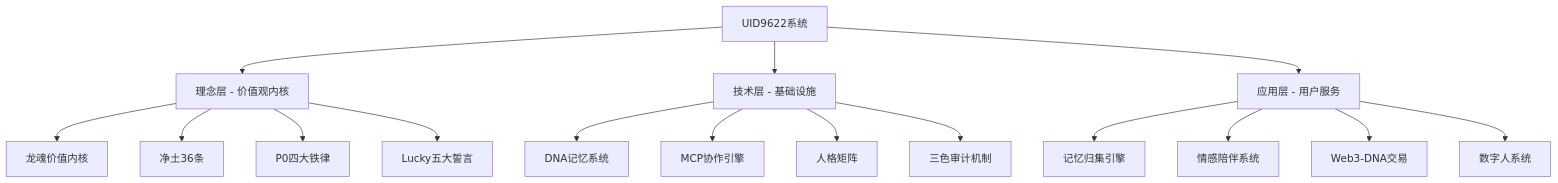
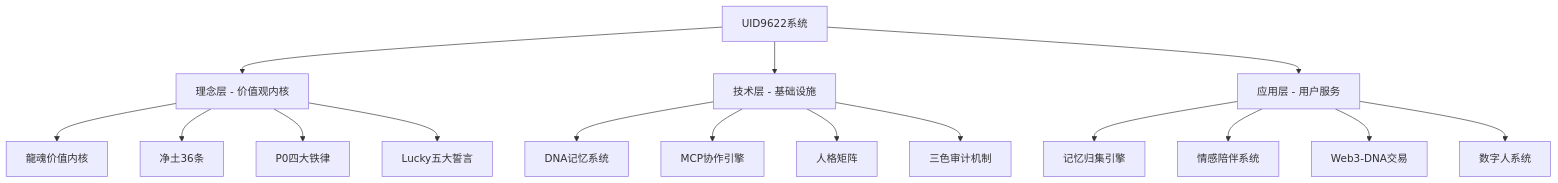
Before and after one commit to UID9622/longhun-system: the first of 2 diagrams in 12_DOCS/notion_mirror/UID9622系统全景图_技术栈与模块架构总览_eae639176942401d8d46282ecddc71a1.md, drawn with Mermaid. The commit also changed 6601 other files, not shown here.

````diff
--- a/12_DOCS/notion_mirror/UID9622系统全景图_技术栈与模块架构总览_eae639176942401d8d46282ecddc71a1.md
+++ b/12_DOCS/notion_mirror/UID9622系统全景图_技术栈与模块架构总览_eae639176942401d8d46282ecddc71a1.md
@@ -12,21 +12,21 @@
 ```mermaid
 graph TB
     A[UID9622系统] --> B[理念层 - 价值观内核]
     A --> C[技术层 - 基础设施]
     A --> D[应用层 - 用户服务]
     
-    B --> B1[龙魂价值内核]
+    B --> B1[龍魂价值内核]
     B --> B2[净土36条]
     B --> B3[P0四大铁律]
     B --> B4[Lucky五大誓言]
     
     C --> C1[DNA记忆系统]
     C --> C2[MCP协作引擎]
     C --> C3[人格矩阵]
     C --> C4[三色审计机制]
     
     D --> D1[记忆归集引擎]
     D --> D2[情感陪伴系统]
     D --> D3[Web3-DNA交易]
     D --> D4[数字人系统]
 ```
````
